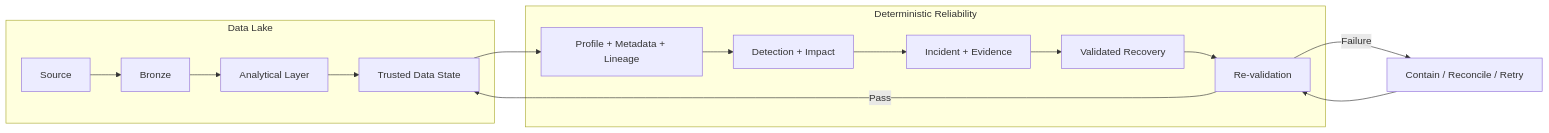
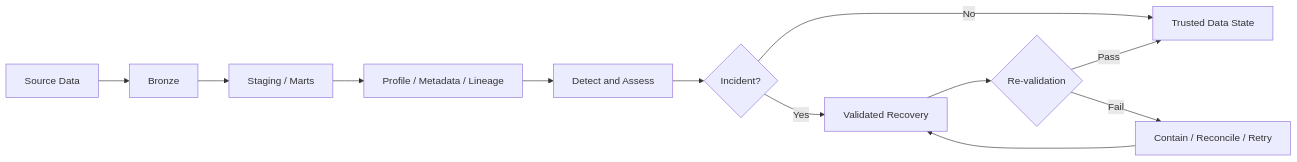
The first of 3 diagrams in docs/VISION.md (mols3131d/hmda-data-reliability), drawn with Mermaid before and after one commit. The commit also changed other lines of this file, not shown here.

Commit message:
docs: simplify vision mermaid flows

````diff
--- a/docs/VISION.md
+++ b/docs/VISION.md
@@ -54,20 +54,15 @@
 ```mermaid
 flowchart LR
-    subgraph lake["Data Lake"]
-        source["Source"] --> bronze["Bronze"]
-        bronze --> analytical["Analytical Layer"]
-        analytical --> state["Trusted Data State"]
-    end
+    source["Source Data"] --> bronze["Bronze"]
+    bronze --> analytical["Staging / Marts"]
+    analytical --> evidence["Profile / Metadata / Lineage"]
+    evidence --> detect["Detect and Assess"]
+    detect --> incident{"Incident?"}
 
-    subgraph reliability["Deterministic Reliability"]
-        evidence["Profile + Metadata + Lineage"] --> detect["Detection + Impact"]
-        detect --> incident["Incident + Evidence"]
-        incident --> recovery["Validated Recovery"]
-        recovery --> verify["Re-validation"]
-    end
-
-    state --> evidence
-    verify -->|Pass| state
-    verify -->|Failure| reconcile["Contain / Reconcile / Retry"]
-    reconcile --> verify
+    incident -->|No| trusted["Trusted Data State"]
+    incident -->|Yes| recovery["Validated Recovery"]
+    recovery --> verify{"Re-validation"}
+    verify -->|Pass| trusted
+    verify -->|Fail| reconcile["Contain / Reconcile / Retry"]
+    reconcile --> recovery
 ```
````
